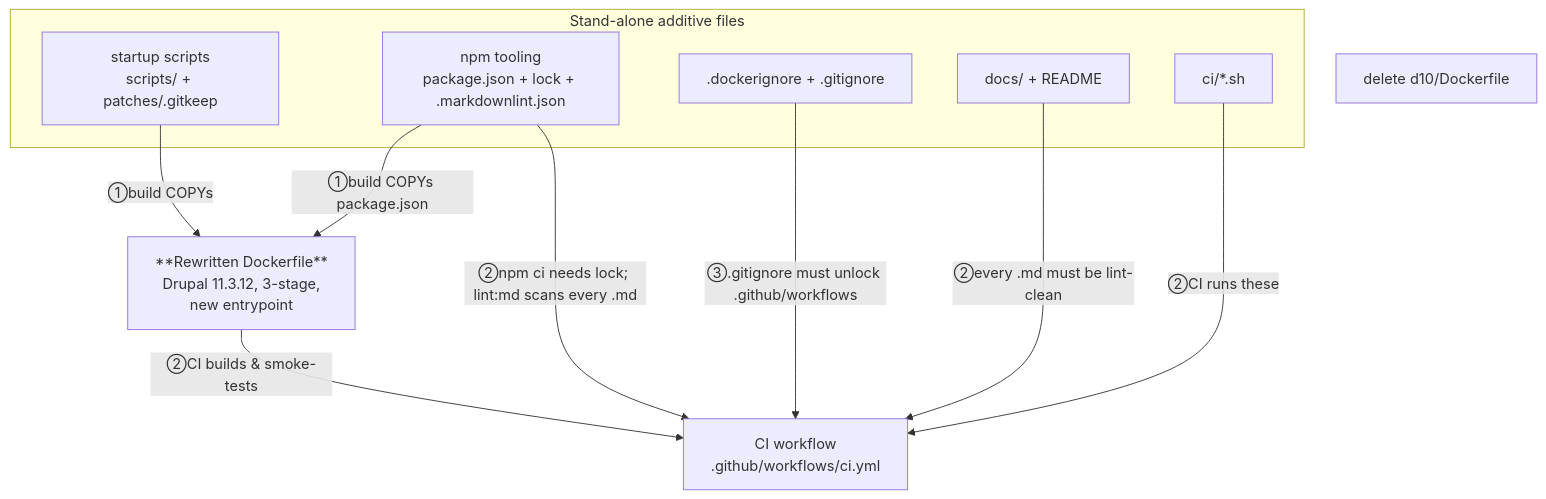
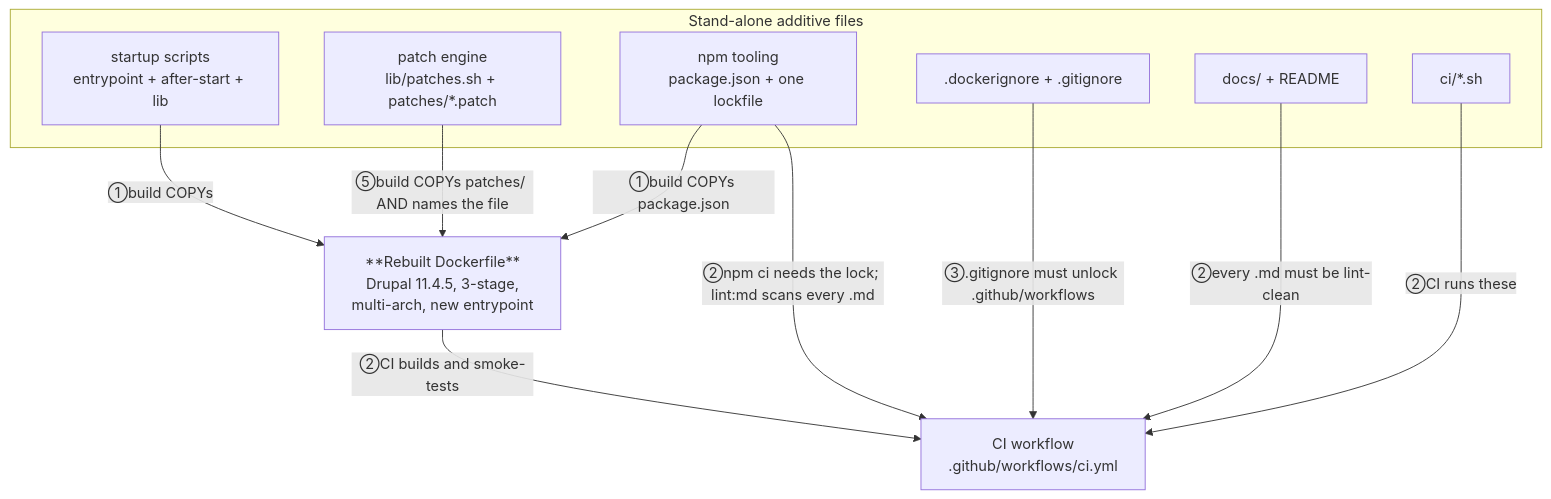
One commit to scbd/drupal-docker-wrapper changed the first of 2 diagrams in docs/seam-review.md. Above: the diagram before and after it, drawn with Mermaid. The commit also changed other lines of this file, not shown here.

````diff
--- a/docs/seam-review.md
+++ b/docs/seam-review.md
@@ -21,21 +146,22 @@
 ```mermaid
 flowchart TD
     subgraph add["Stand-alone additive files"]
-        S[startup scripts<br/>scripts/ + patches/.gitkeep]
-        P[npm tooling<br/>package.json + lock + .markdownlint.json]
+        S[startup scripts<br/>entrypoint + after-start + lib]
+        PE[patch engine<br/>lib/patches.sh + patches/*.patch]
+        P[npm tooling<br/>package.json + one lockfile]
         IG[.dockerignore + .gitignore]
         DOCS[docs/ + README]
         CIS[ci/*.sh]
     end
-    D[**Rewritten Dockerfile**<br/>Drupal 11.3.12, 3-stage,<br/>new entrypoint]
+    D[**Rebuilt Dockerfile**<br/>Drupal 11.4.5, 3-stage,<br/>multi-arch, new entrypoint]
     CI[CI workflow<br/>.github/workflows/ci.yml]
-    DEL[delete d10/Dockerfile]
 
     S -- "①build COPYs" --> D
     P -- "①build COPYs package.json" --> D
-    D -- "②CI builds & smoke-tests" --> CI
+    PE -- "⑤build COPYs patches/ AND names the file" --> D
+    D -- "②CI builds and smoke-tests" --> CI
     CIS -- "②CI runs these" --> CI
-    P -- "②npm ci needs lock; lint:md scans every .md" --> CI
+    P -- "②npm ci needs the lock; lint:md scans every .md" --> CI
     DOCS -- "②every .md must be lint-clean" --> CI
     IG -- "③.gitignore must unlock .github/workflows" --> CI
 ```
````
